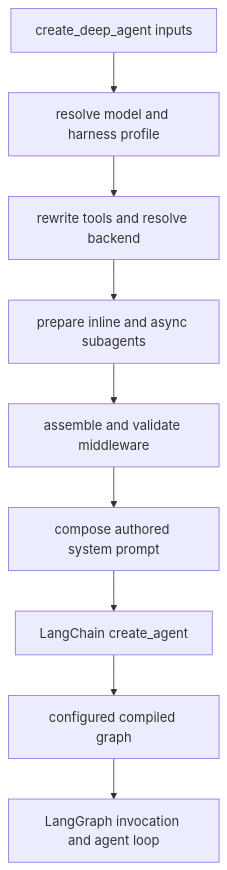
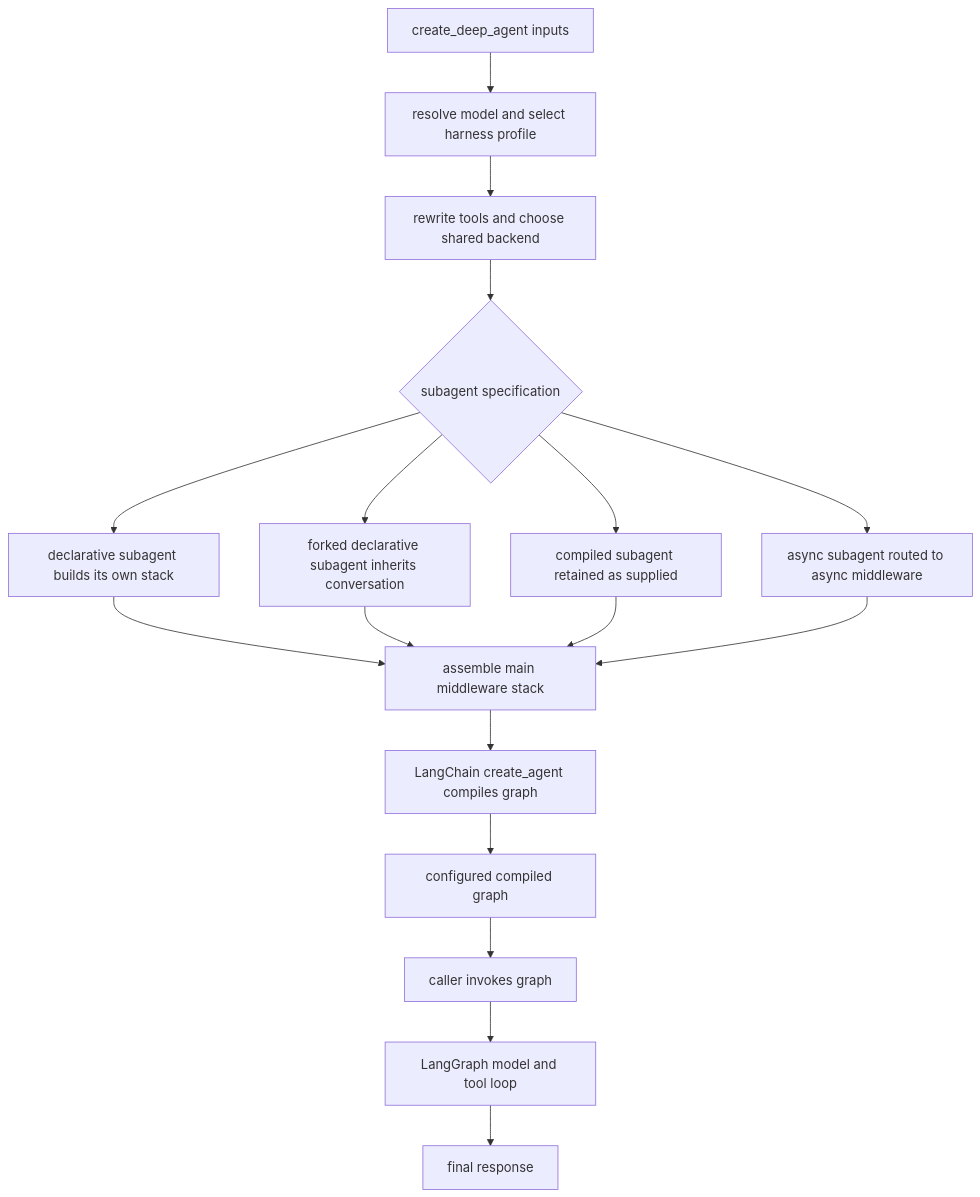
One commit to langchain-ai/deepagents changed the diagram in openwiki/architecture/sdk-construction-execution.md. Above: the diagram before and after it, drawn with Mermaid. The commit also changed other lines of this file and 63 other files, not shown here.

````diff
--- a/openwiki/architecture/sdk-construction-execution.md
+++ b/openwiki/architecture/sdk-construction-execution.md
@@ -48,11 +39,19 @@
 ```mermaid
 flowchart TD
-    Start["create_deep_agent inputs"] --> Model["resolve model and harness profile"]
-    Model --> Config["rewrite tools and resolve backend"]
-    Config --> Subs["prepare inline and async subagents"]
-    Subs --> Stack["assemble and validate middleware"]
-    Stack --> Prompt["compose authored system prompt"]
-    Prompt --> Compile["LangChain create_agent"]
+    Input["create_deep_agent inputs"] --> Resolve["resolve model and select harness profile"]
+    Resolve --> Shared["rewrite tools and choose shared backend"]
+    Shared --> Split{"subagent specification"}
+    Split --> Declarative["declarative subagent builds its own stack"]
+    Split --> Forked["forked declarative subagent inherits conversation"]
+    Split --> Compiled["compiled subagent retained as supplied"]
+    Split --> Async["async subagent routed to async middleware"]
+    Declarative --> MainStack["assemble main middleware stack"]
+    Forked --> MainStack
+    Compiled --> MainStack
+    Async --> MainStack
+    MainStack --> Compile["LangChain create_agent compiles graph"]
     Compile --> Graph["configured compiled graph"]
-    Graph --> Runtime["LangGraph invocation and agent loop"]
+    Graph --> Invoke["caller invokes graph"]
+    Invoke --> Loop["LangGraph model and tool loop"]
+    Loop --> Final["final response"]
 ```
````
